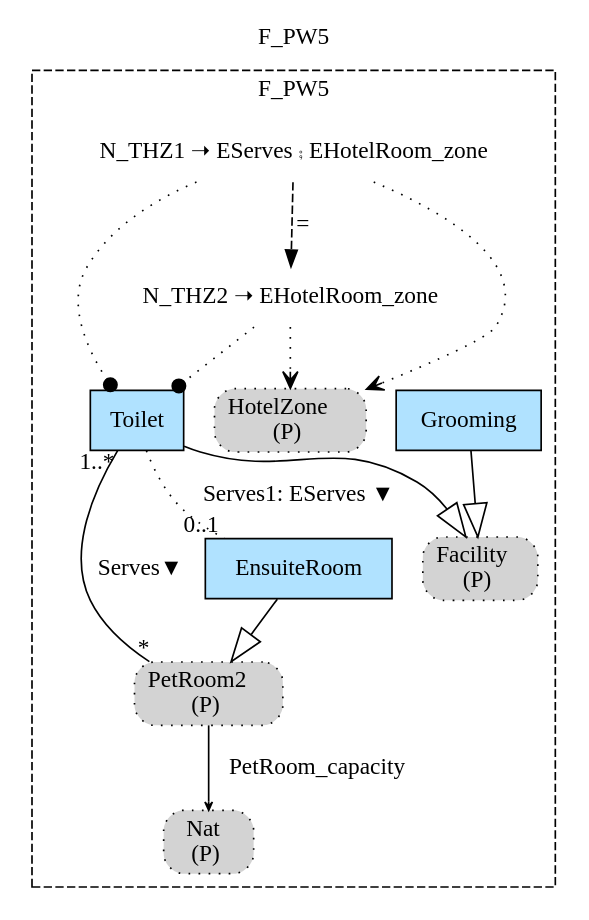
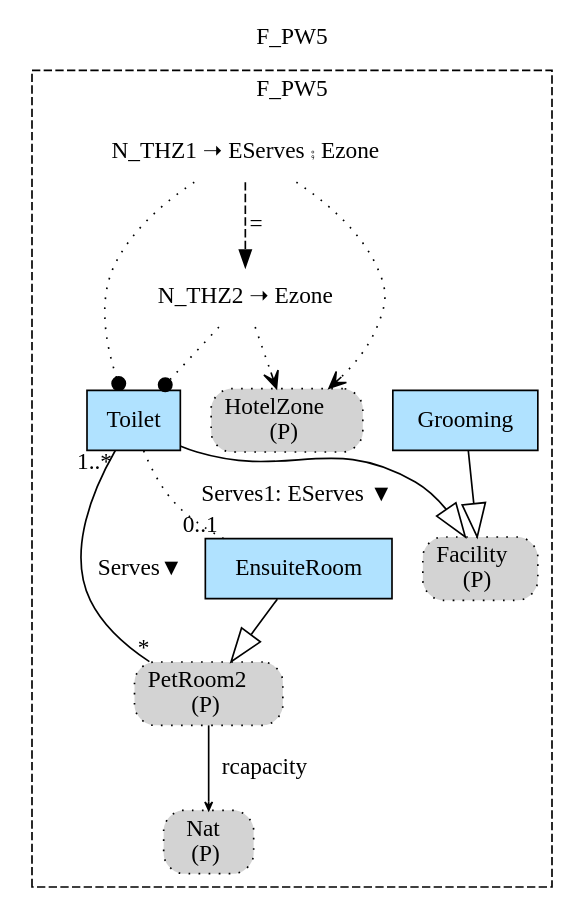
One commit to namalio/Fragmenta changed the diagram in Haskell/FragmentaTests/PetsWorld/img/F_PW5.gv. Above: the diagram before and after it, drawn with Graphviz. The commit also changed 25 other files, not shown here.

```diff
--- a/Haskell/FragmentaTests/PetsWorld/img/F_PW5.gv
+++ b/Haskell/FragmentaTests/PetsWorld/img/F_PW5.gv
@@ -1,32 +1,32 @@
 digraph {graph[label=F_PW5,labelloc=tl,labelfontsize=12];
 subgraph cluster_F_PW5{style=dashed;label=F_PW5;
 "PNat"[shape=box,fillcolor=lightgray,style ="rounded,filled,dotted",label=<Nat<br/>(P)>];
 "Grooming"[shape=record,fillcolor=lightskyblue1,style = filled,label="Grooming"];
 "PFacility"[shape=box,fillcolor=lightgray,style ="rounded,filled,dotted",label=<Facility<br/>(P)>];
 "PPetRoom2"[shape=box,fillcolor=lightgray,style ="rounded,filled,dotted",label=<PetRoom2<br/>(P)>];
 "EnsuiteRoom"[shape=record,fillcolor=lightskyblue1,style = filled,label="EnsuiteRoom"];
 "Toilet"[shape=record,fillcolor=lightskyblue1,style = filled,label="Toilet"];
 "PHotelZone"[shape=box,fillcolor=lightgray,style ="rounded,filled,dotted",label=<HotelZone<br/>(P)>];
 
-"PPetRoom2"->"PNat"[label="PetRoom_capacity",arrowhead=vee,headlabel="",arrowsize=.5];
+"PPetRoom2"->"PNat"[label="rcapacity",arrowhead=vee,headlabel="",arrowsize=.5];
 "EnsuiteRoom"->"PPetRoom2"[arrowhead=onormal,arrowsize=2.0];
 "Toilet"->"PFacility"[arrowhead=onormal,arrowsize=2.0];
 "Grooming"->"PFacility"[arrowhead=onormal,arrowsize=2.0];
 "Toilet"->"PPetRoom2"[label="Serves▼",dir=none,taillabel="1..*",headlabel="*"];
 "Toilet"->"EnsuiteRoom"[label="Serves1: EServes ▼",dir=none,taillabel="",headlabel="0..1",style=dotted];
-"N_THZ1"[shape=none,label="N_THZ1 ➝ EServes ⨾ EHotelRoom_zone"];
+"N_THZ1"[shape=none,label="N_THZ1 ➝ EServes ⨾ Ezone"];
 "N_THZ1"->"Toilet"[arrowhead=dot,style=dotted];
 "N_THZ1"->"PHotelZone"[arrowhead=vee,style=dotted];
 
-"N_THZ2"[shape=none,label="N_THZ2 ➝ EHotelRoom_zone"];
+"N_THZ2"[shape=none,label="N_THZ2 ➝ Ezone"];
 "N_THZ2"->"Toilet"[arrowhead=dot,style=dotted];
 "N_THZ2"->"PHotelZone"[arrowhead=vee,style=dotted];
 
 "N_THZ1"->"N_THZ2"[arrowhead=normal,style=dashed, label = "="];
 
 }
 
 
 
 
 }
```
